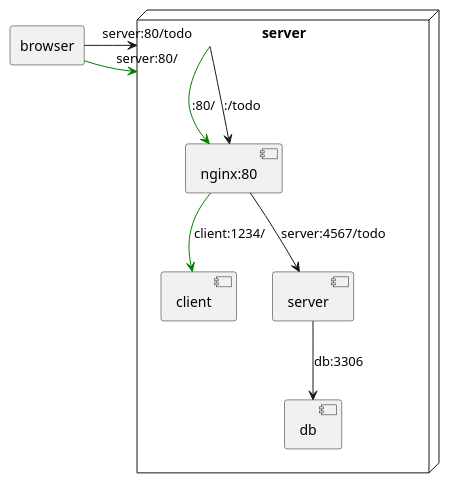
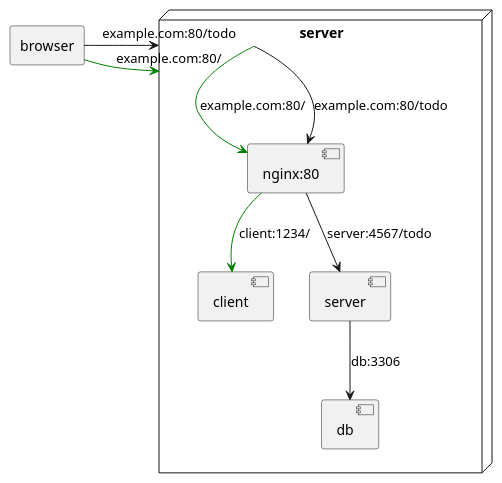
Before and after one commit to ibwgr/todomvc-es6-custom: the diagram in docker-deployment-simple.plantuml, drawn with PlantUML. The commit also changed 1 other file, not shown here.

```diff
--- a/docker-deployment-simple.plantuml
+++ b/docker-deployment-simple.plantuml
@@ -1,30 +1,30 @@
 @startuml
 agent browser
 
 node "server" {
     component nginx:80 as nc {
     }
     component client as cc {
     }
     component server as sc {
     }
     component db as dc {
     }
 }
 
-browser -> server#green: server:80/
-server -do-> nc#green: :80/
+browser -> server#green: example.com:80/
+server -do-> nc#green: example.com:80/
 
 nc -do-> cc#green :client:1234/
 
 
-browser -> server: server:80/todo
-server -do-> nc: :/todo
+browser -> server: example.com:80/todo
+server -do-> nc: example.com:80/todo
 
 nc -do-> sc :server:4567/todo
 sc -do-> dc :db:3306
 
 
 
 
 @enduml
```
